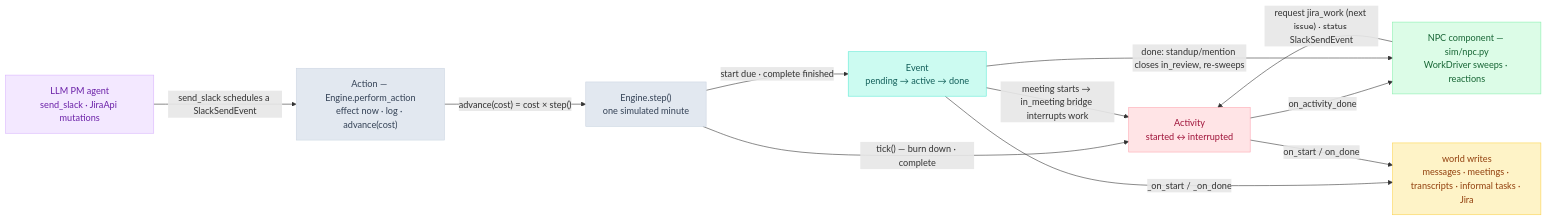
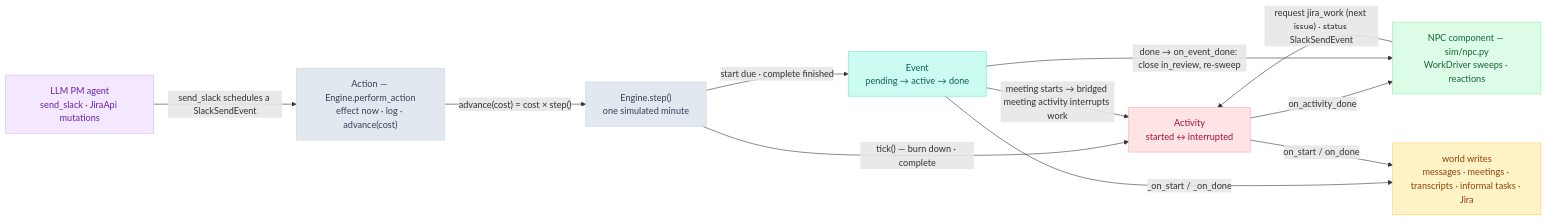
Before and after one commit to leo-lei-kang/project-manager: the diagram in docs/architecture.md, drawn with Mermaid. The commit also changed other lines of this file and 31 other files, not shown here.

````diff
--- a/docs/architecture.md
+++ b/docs/architecture.md
@@ -162,28 +165,28 @@
 ```mermaid
 flowchart LR
   pm["LLM PM agent<br>send_slack · JiraApi mutations"]:::agent
   act["Action — Engine.perform_action<br>effect now · log · advance(cost)"]:::drv
   step["Engine.step()<br>one simulated minute"]:::drv
   ev["Event<br>pending → active → done"]:::event
   npc["NPC component — sim/npc.py<br>WorkDriver sweeps · reactions"]:::npc
   acts["Activity<br>started ↔ interrupted"]:::activity
   fx["world writes<br>messages · meetings · transcripts · informal tasks · Jira"]:::world
 
   pm -- "send_slack schedules a SlackSendEvent" --> act
   act -- "advance(cost) = cost × step()" --> step
   step -- "start due · complete finished" --> ev
   step -- "tick() — burn down · complete" --> acts
   acts -- "on_activity_done" --> npc
   npc -- "request jira_work (next issue) · status SlackSendEvent" --> acts
-  ev -- "meeting starts → in_meeting bridge interrupts work" --> acts
-  ev -- "done: standup/mention closes in_review, re-sweeps" --> npc
+  ev -- "meeting starts → bridged meeting activity interrupts work" --> acts
+  ev -- "done → on_event_done: close in_review, re-sweep" --> npc
   ev -- "_on_start / _on_done" --> fx
   acts -- "on_start / on_done" --> fx
 
   classDef agent fill:#f3e8ff,stroke:#d8b4fe,color:#6b21a8;
   classDef npc fill:#dcfce7,stroke:#86efac,color:#166534;
   classDef event fill:#ccfbf1,stroke:#5eead4,color:#115e59;
   classDef activity fill:#ffe4e6,stroke:#fda4af,color:#9f1239;
   classDef drv fill:#e2e8f0,stroke:#cbd5e1,color:#334155;
   classDef world fill:#fef3c7,stroke:#fcd34d,color:#92400e;
 ```
````
